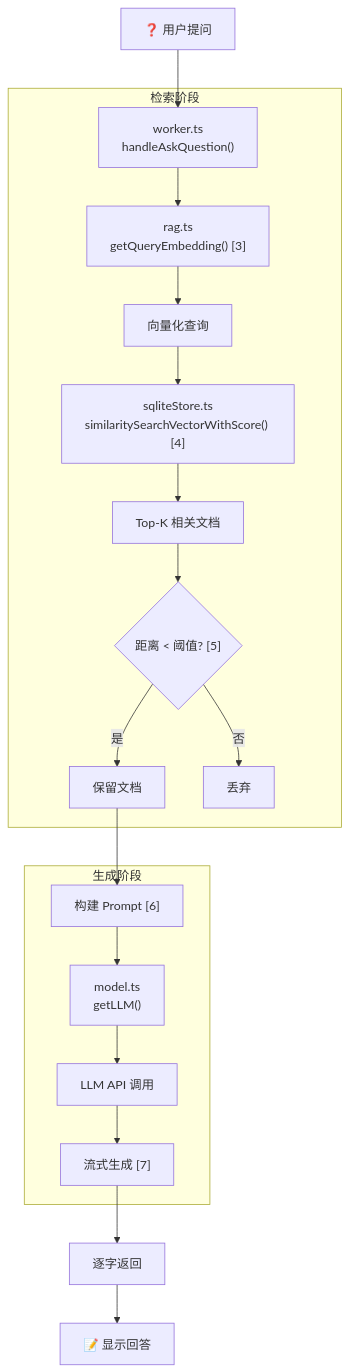
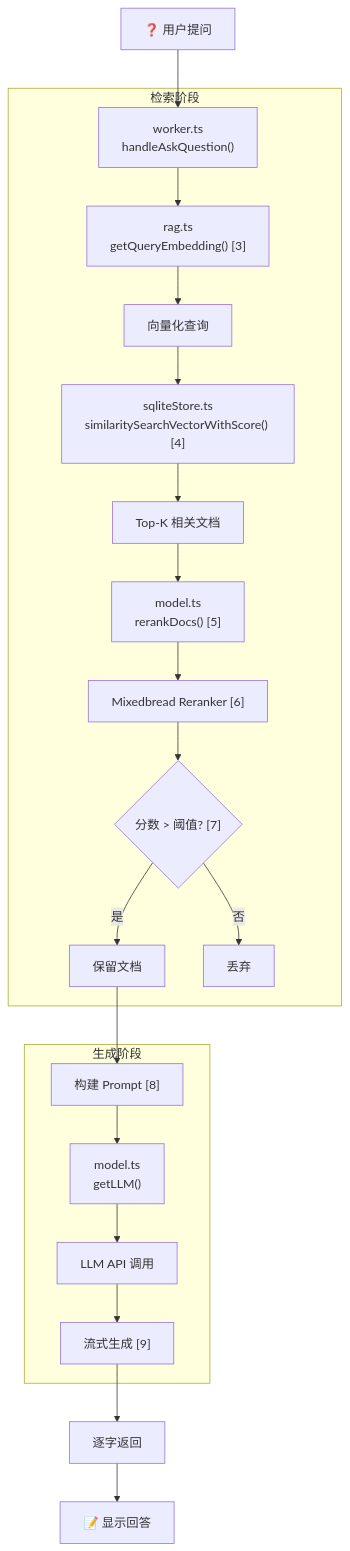
One commit to xyst123/library changed the third of 5 diagrams in docs/ai-learning/00-architecture.md. Above: the diagram before and after it, drawn with Mermaid. The commit also changed other lines of this file and 1 other file, not shown here.

````diff
--- a/docs/ai-learning/00-architecture.md
+++ b/docs/ai-learning/00-architecture.md
@@ -79,24 +79,26 @@
 ```mermaid
 flowchart TB
     A["❓ 用户提问"] --> B["worker.ts<br/>handleAskQuestion()"]
-    
+
     subgraph 检索阶段 ["检索阶段"]
         B --> C["rag.ts<br/>getQueryEmbedding() [3]"]
         C --> D["向量化查询"]
         D --> E["sqliteStore.ts<br/>similaritySearchVectorWithScore() [4]"]
         E --> F["Top-K 相关文档"]
-        F --> G{"距离 < 阈值? [5]"}
-        G -->|是| H["保留文档"]
-        G -->|否| I["丢弃"]
+        F --> G["model.ts<br/>rerankDocs() [5]"]
+        G --> H["Mixedbread Reranker [6]"]
+        H --> I{"分数 > 阈值? [7]"}
+        I -->|是| J["保留文档"]
+        I -->|否| K["丢弃"]
     end
-    
+
     subgraph 生成阶段 ["生成阶段"]
-        H --> J["构建 Prompt [6]"]
-        J --> K["model.ts<br/>getLLM()"]
-        K --> L["LLM API 调用"]
-        L --> M["流式生成 [7]"]
+        J --> L["构建 Prompt [8]"]
+        L --> M["model.ts<br/>getLLM()"]
+        M --> N["LLM API 调用"]
+        N --> O["流式生成 [9]"]
     end
-    
-    M --> N["逐字返回"]
-    N --> O["📝 显示回答"]
+
+    O --> P["逐字返回"]
+    P --> Q["📝 显示回答"]
 ```
````
